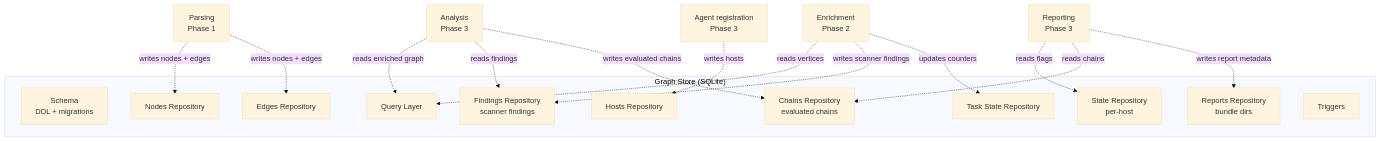
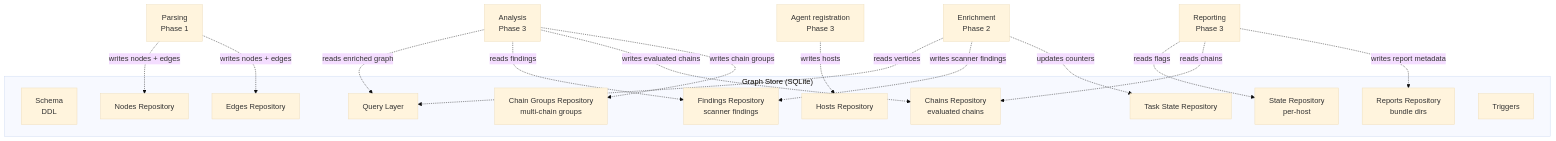
One commit to Malinowiy/AICorellator changed the diagram in Documentation/Architecture/C4_L3_Phase0.md. Above: the diagram before and after it, drawn with Mermaid (base theme). The commit also changed other lines of this file and 6 other files, not shown here.

````diff
--- a/Documentation/Architecture/C4_L3_Phase0.md
+++ b/Documentation/Architecture/C4_L3_Phase0.md
@@ -15,29 +15,31 @@
 ```mermaid
 flowchart TB
     subgraph GS["Graph Store (SQLite)"]
-        SCHEMA[Schema<br/>DDL + migrations]
+        SCHEMA[Schema<br/>DDL]
         NODES[Nodes Repository]
         EDGES[Edges Repository]
         FINDINGS[Findings Repository<br/>scanner findings]
         CHAINS[Chains Repository<br/>evaluated chains]
+        GROUPS[Chain Groups Repository<br/>multi-chain groups]
         HOSTS[Hosts Repository]
         STATE[State Repository<br/>per-host]
         TASKS[Task State Repository]
         REPORTS[Reports Repository<br/>bundle dirs]
         QUERY[Query Layer]
         TRIGGERS[Triggers]
     end
 
     FUTURE1[Parsing<br/>Phase 1] -.->|writes nodes + edges| NODES
     FUTURE1 -.->|writes nodes + edges| EDGES
     FUTURE2[Enrichment<br/>Phase 2] -.->|reads vertices| QUERY
     FUTURE2 -.->|writes scanner findings| FINDINGS
     FUTURE2 -.->|updates counters| TASKS
     FUTURE3[Analysis<br/>Phase 3] -.->|reads enriched graph| QUERY
     FUTURE3 -.->|reads findings| FINDINGS
     FUTURE3 -.->|writes evaluated chains| CHAINS
+    FUTURE3 -.->|writes chain groups| GROUPS
     FUTURE4[Reporting<br/>Phase 3] -.->|reads flags| STATE
     FUTURE4 -.->|reads chains| CHAINS
     FUTURE4 -.->|writes report metadata| REPORTS
     FUTURE5[Agent registration<br/>Phase 3] -.->|writes hosts| HOSTS
 ```
````
